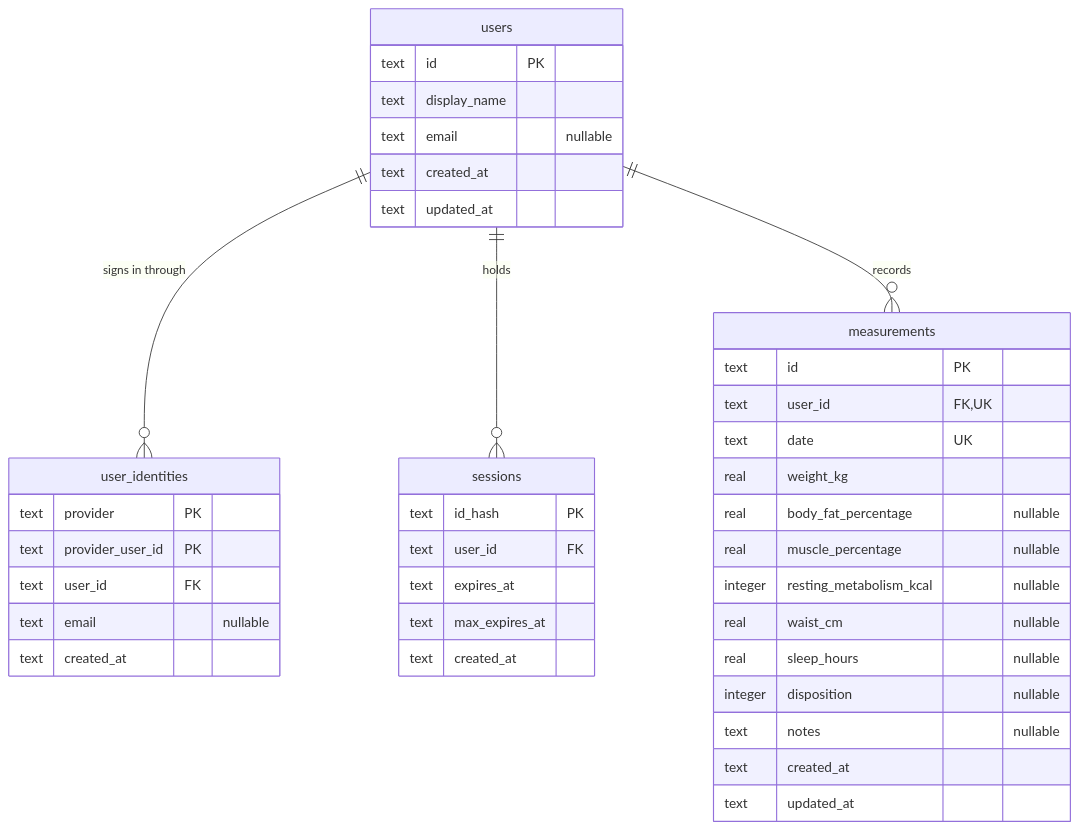
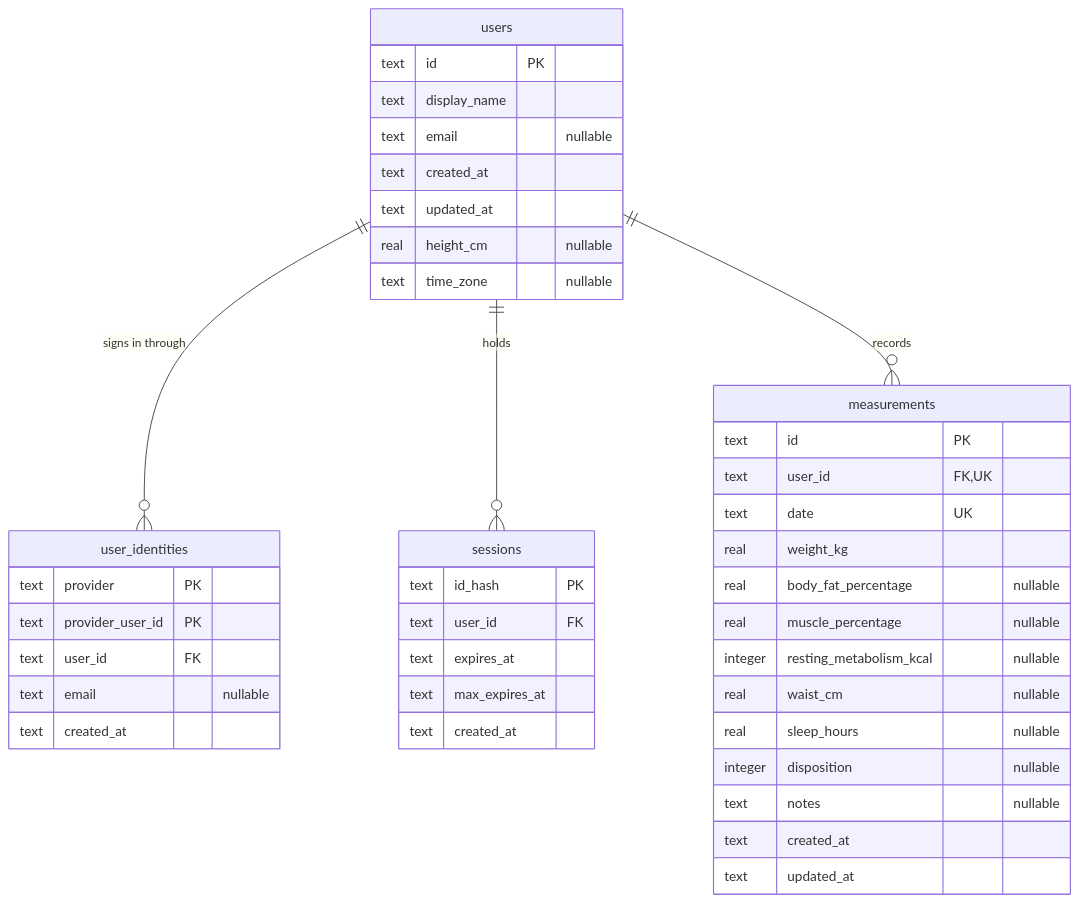
One commit to antonbsa/bodylog changed the diagram in docs/reference/database.md. Above: the diagram before and after it, drawn with Mermaid. The commit also changed other lines of this file and 47 other files, not shown here.

First line of the commit message:
feat: store height and time zone per user and add PATCH /api/me

````diff
--- a/docs/reference/database.md
+++ b/docs/reference/database.md
@@ -17,43 +17,45 @@
 ```mermaid
 erDiagram
     users ||--o{ user_identities : "signs in through"
     users ||--o{ sessions : "holds"
     users ||--o{ measurements : "records"
 
     users {
         text id PK
         text display_name
         text email "nullable"
         text created_at
         text updated_at
+        real height_cm "nullable"
+        text time_zone "nullable"
     }
     user_identities {
         text provider PK
         text provider_user_id PK
         text user_id FK
         text email "nullable"
         text created_at
     }
     sessions {
         text id_hash PK
         text user_id FK
         text expires_at
         text max_expires_at
         text created_at
     }
     measurements {
         text id PK
         text user_id FK, UK
         text date UK
         real weight_kg
         real body_fat_percentage "nullable"
         real muscle_percentage "nullable"
         integer resting_metabolism_kcal "nullable"
         real waist_cm "nullable"
         real sleep_hours "nullable"
         integer disposition "nullable"
         text notes "nullable"
         text created_at
         text updated_at
     }
 ```
````
